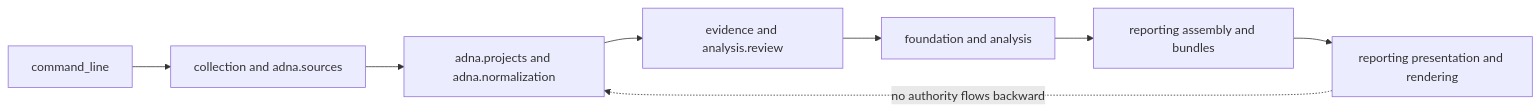
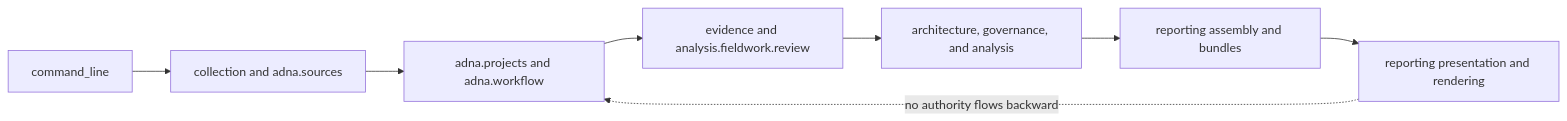
One commit to bijux/bijux-pollenomics changed the diagram in packages/bijux-pollenomics/docs/boundaries.md. Above: the diagram before and after it, drawn with Mermaid. The commit also changed other lines of this file and 38 other files, not shown here.

````diff
--- a/packages/bijux-pollenomics/docs/boundaries.md
+++ b/packages/bijux-pollenomics/docs/boundaries.md
@@ -12,10 +12,10 @@
 ```mermaid
 flowchart LR
     Command["command_line"] --> Intake["collection and adna.sources"]
-    Intake --> Evidence["adna.projects and adna.normalization"]
-    Evidence --> Review["evidence and analysis.review"]
-    Review --> Product["foundation and analysis"]
+    Intake --> Evidence["adna.projects and adna.workflow"]
+    Evidence --> Review["evidence and analysis.fieldwork.review"]
+    Review --> Product["architecture, governance, and analysis"]
     Product --> Assembly["reporting assembly and bundles"]
     Assembly --> Render["reporting presentation and rendering"]
     Render -. no authority flows backward .-> Evidence
 ```
````
